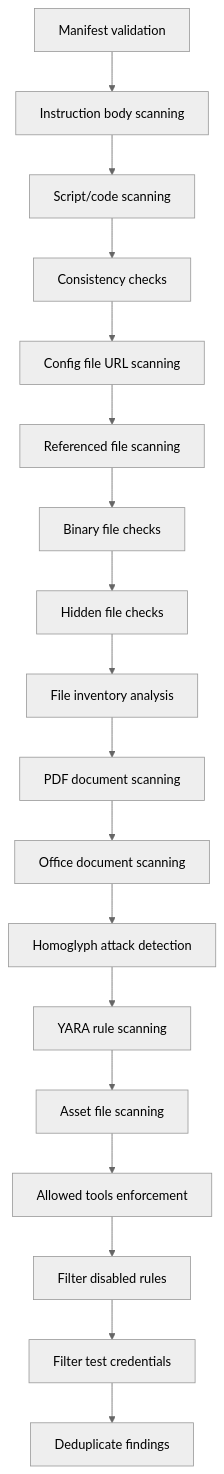
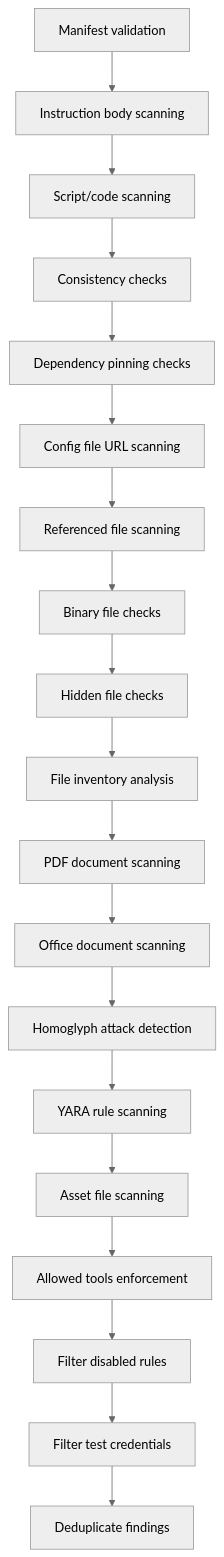
Before and after one commit to Stars1233/skill-scanner: the diagram in docs/architecture/analyzers/static-analyzer.md, drawn with Mermaid (neutral theme). The commit also changed other lines of this file and 4 other files, not shown here.

````diff
--- a/docs/architecture/analyzers/static-analyzer.md
+++ b/docs/architecture/analyzers/static-analyzer.md
@@ -16,20 +16,21 @@
 ```mermaid
 flowchart TD
     A["Manifest validation"] --> B["Instruction body scanning"]
     B --> C["Script/code scanning"]
     C --> D["Consistency checks"]
-    D --> D3["Config file URL scanning"]
+    D --> D2["Dependency pinning checks"]
+    D2 --> D3["Config file URL scanning"]
     D3 --> E["Referenced file scanning"]
     E --> F["Binary file checks"]
     F --> G["Hidden file checks"]
     G --> H["File inventory analysis"]
     H --> I["PDF document scanning"]
     I --> J["Office document scanning"]
     J --> K["Homoglyph attack detection"]
     K --> L["YARA rule scanning"]
     L --> M["Asset file scanning"]
     M --> N["Allowed tools enforcement"]
     N --> O["Filter disabled rules"]
     O --> P["Filter test credentials"]
     P --> Q["Deduplicate findings"]
 ```
````
